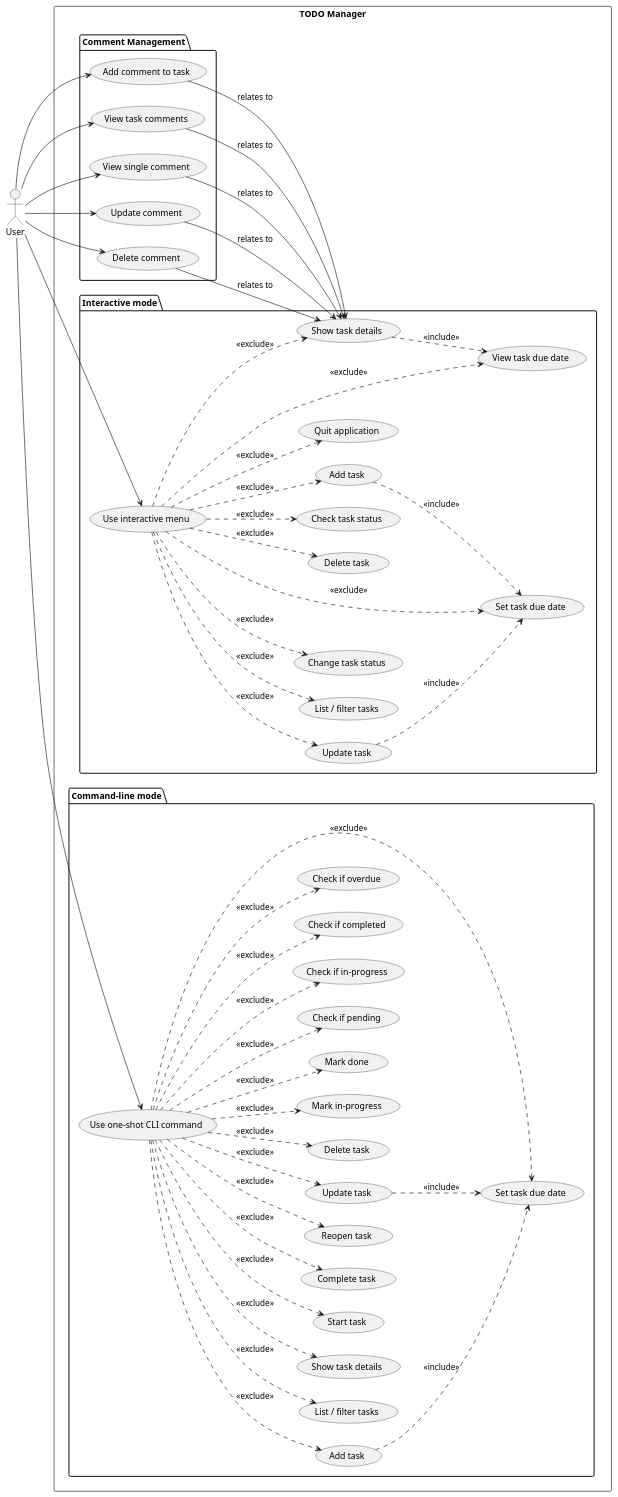
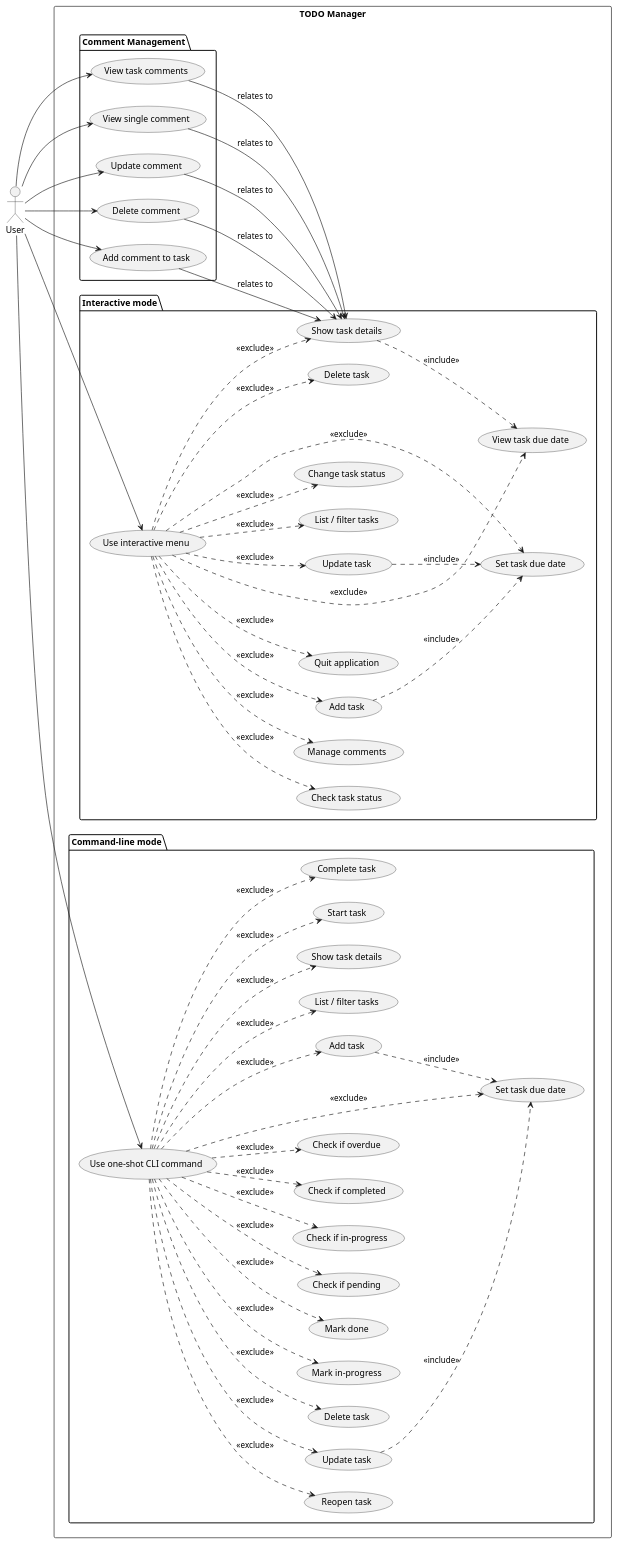
The diagram in experiments/supervisor_as_tools/user_stories/TODO/artifacts/use_case_diagram.puml (DanielRiha8906/Software_autoevolution_using_agents), drawn with PlantUML before and after one commit. The commit also changed 11 other files, not shown here.

```diff
--- a/experiments/supervisor_as_tools/user_stories/TODO/artifacts/use_case_diagram.puml
+++ b/experiments/supervisor_as_tools/user_stories/TODO/artifacts/use_case_diagram.puml
@@ -1,99 +1,101 @@
 @startuml use_case_diagram
 
 left to right direction
 
 actor User
 
 rectangle "TODO Manager" {
 
   package "Comment Management" {
     usecase "Add comment to task" as ADD_COMMENT
     usecase "View task comments" as VIEW_COMMENTS
     usecase "View single comment" as VIEW_COMMENT
     usecase "Update comment" as UPDATE_COMMENT
     usecase "Delete comment" as DELETE_COMMENT
   }
 
   package "Interactive mode" {
     usecase "Use interactive menu" as UI
     usecase "Add task" as I_ADD
     usecase "List / filter tasks" as I_LIST
     usecase "Show task details" as I_SHOW
     usecase "Change task status" as I_STATUS
     usecase "Update task" as I_UPDATE
     usecase "Delete task" as I_DELETE
     usecase "Check task status" as I_CHECK
+    usecase "Manage comments" as I_MANAGE_COMMENTS
     usecase "Set task due date" as I_DUEDATE
     usecase "View task due date" as I_VIEWDUE
     usecase "Quit application" as I_QUIT
   }
 
   package "Command-line mode" {
     usecase "Use one-shot CLI command" as CLI
     usecase "Add task" as C_ADD
     usecase "List / filter tasks" as C_LIST
     usecase "Show task details" as C_SHOW
     usecase "Start task" as C_START
     usecase "Complete task" as C_DONE
     usecase "Reopen task" as C_REOPEN
     usecase "Update task" as C_UPDATE
     usecase "Delete task" as C_DELETE
     usecase "Mark in-progress" as C_MARK_IN_PROG
     usecase "Mark done" as C_MARK_DONE
     usecase "Check if pending" as C_IS_PENDING
     usecase "Check if in-progress" as C_IS_IN_PROG
     usecase "Check if completed" as C_IS_COMPLETED
     usecase "Check if overdue" as C_IS_OVERDUE
     usecase "Set task due date" as C_DUEDATE
   }
 }
 
 User --> UI
 User --> CLI
 User --> ADD_COMMENT
 User --> VIEW_COMMENTS
 User --> VIEW_COMMENT
 User --> UPDATE_COMMENT
 User --> DELETE_COMMENT
 
 ADD_COMMENT --> I_SHOW : relates to
 VIEW_COMMENTS --> I_SHOW : relates to
 VIEW_COMMENT --> I_SHOW : relates to
 UPDATE_COMMENT --> I_SHOW : relates to
 DELETE_COMMENT --> I_SHOW : relates to
 
 UI ..> I_ADD    : <<exclude>>
 UI ..> I_LIST   : <<exclude>>
 UI ..> I_SHOW   : <<exclude>>
 UI ..> I_STATUS : <<exclude>>
 UI ..> I_UPDATE : <<exclude>>
 UI ..> I_DELETE : <<exclude>>
 UI ..> I_CHECK  : <<exclude>>
+UI ..> I_MANAGE_COMMENTS : <<exclude>>
 UI ..> I_DUEDATE : <<exclude>>
 UI ..> I_VIEWDUE : <<exclude>>
 UI ..> I_QUIT   : <<exclude>>
 
 I_ADD ..> I_DUEDATE : <<include>>
 I_UPDATE ..> I_DUEDATE : <<include>>
 I_SHOW ..> I_VIEWDUE : <<include>>
 
 CLI ..> C_ADD    : <<exclude>>
 CLI ..> C_LIST   : <<exclude>>
 CLI ..> C_SHOW   : <<exclude>>
 CLI ..> C_START  : <<exclude>>
 CLI ..> C_DONE   : <<exclude>>
 CLI ..> C_REOPEN : <<exclude>>
 CLI ..> C_UPDATE : <<exclude>>
 CLI ..> C_DELETE : <<exclude>>
 CLI ..> C_MARK_IN_PROG : <<exclude>>
 CLI ..> C_MARK_DONE : <<exclude>>
 CLI ..> C_IS_PENDING : <<exclude>>
 CLI ..> C_IS_IN_PROG : <<exclude>>
 CLI ..> C_IS_COMPLETED : <<exclude>>
 CLI ..> C_IS_OVERDUE : <<exclude>>
 CLI ..> C_DUEDATE : <<exclude>>
 
 C_ADD ..> C_DUEDATE : <<include>>
 C_UPDATE ..> C_DUEDATE : <<include>>
 
 @enduml
```
